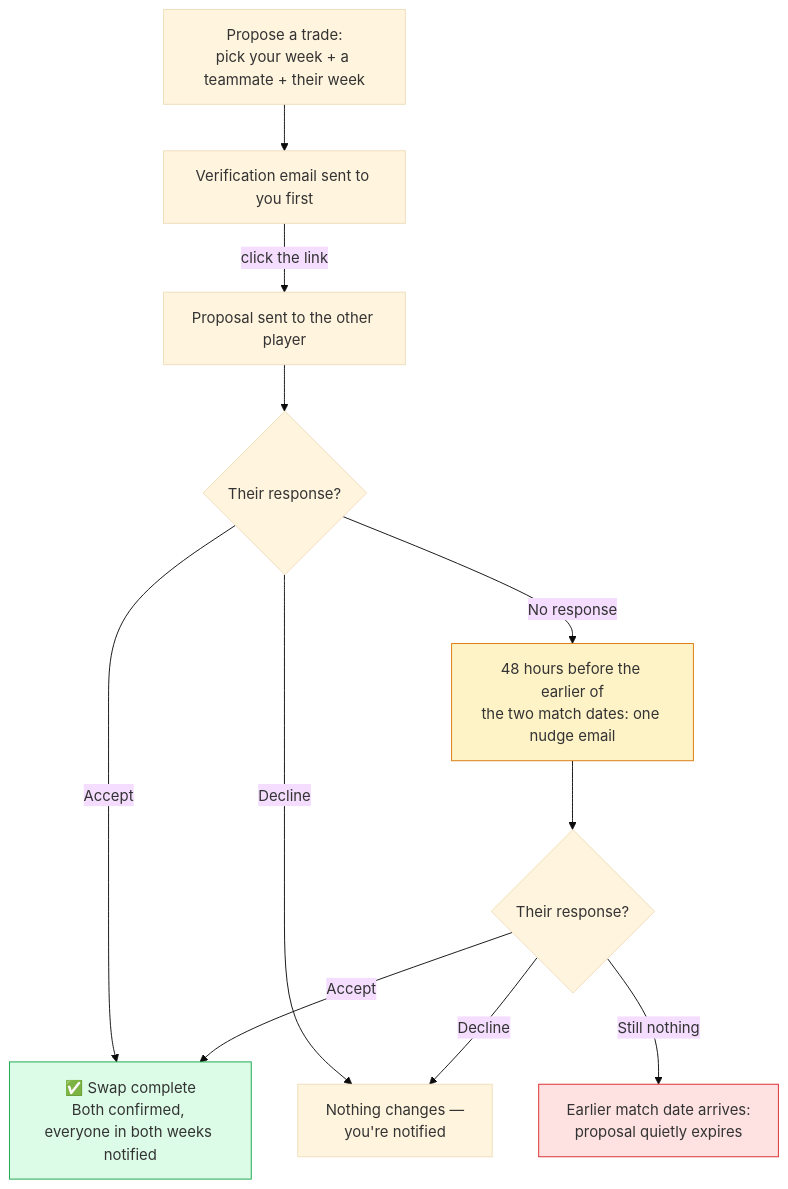
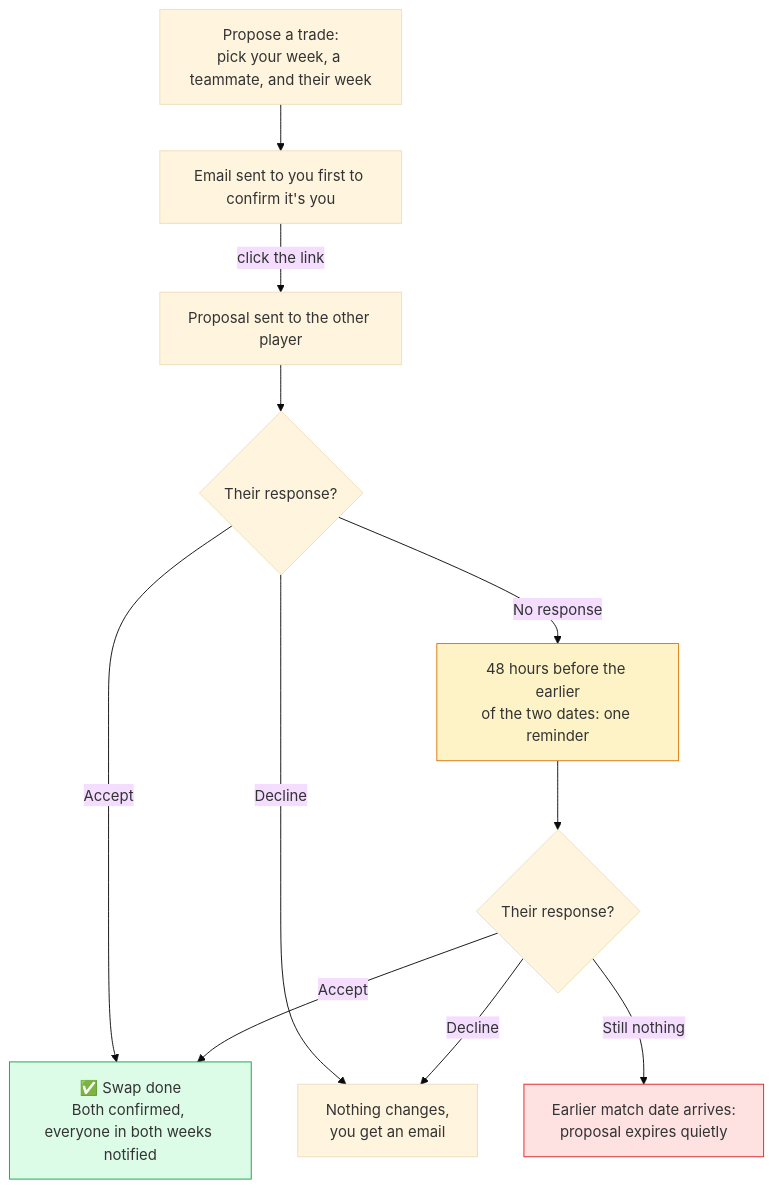
The third of 4 diagrams in README.md (kylekrieg/tennis-scheduler), drawn with Mermaid (base theme) before and after one commit. The commit also changed other lines of this file and 2 other files, not shown here.

````diff
--- a/README.md
+++ b/README.md
@@ -190,17 +169,17 @@
 ```mermaid
 flowchart TD
-    A["Propose a trade:<br/>pick your week + a teammate + their week"] --> V["Verification email sent to you first"]
+    A["Propose a trade:<br/>pick your week, a teammate, and their week"] --> V["Email sent to you first to confirm it's you"]
     V -->|click the link| B[Proposal sent to the other player]
     B --> C{"Their response?"}
-    C -->|Accept| D["✅ Swap complete<br/>Both confirmed, everyone in both weeks notified"]
-    C -->|Decline| E["Nothing changes —<br/>you're notified"]
-    C -->|No response| F["48 hours before the earlier of<br/>the two match dates: one nudge email"]
+    C -->|Accept| D["✅ Swap done<br/>Both confirmed, everyone in both weeks notified"]
+    C -->|Decline| E["Nothing changes,<br/>you get an email"]
+    C -->|No response| F["48 hours before the earlier<br/>of the two dates: one reminder"]
     F --> G{"Their response?"}
     G -->|Accept| D
     G -->|Decline| E
-    G -->|Still nothing| H["Earlier match date arrives:<br/>proposal quietly expires"]
+    G -->|Still nothing| H["Earlier match date arrives:<br/>proposal expires quietly"]
 
     style D fill:#dcfce7,stroke:#16a34a
     style H fill:#fee2e2,stroke:#dc2626
     style F fill:#fef3c7,stroke:#d97706
 ```
````
